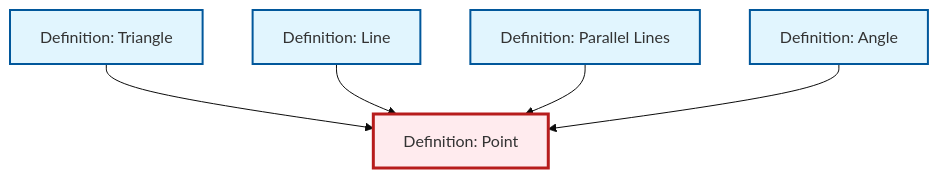
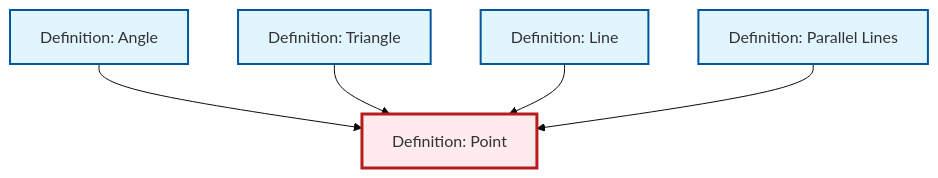
One commit to RK0429/ModernMath changed the diagram in content/ja/geometry/def-point.qmd. Above: the diagram before and after it, drawn with Mermaid (base theme). The commit also changed other lines of this file and 654 other files, not shown here.

````diff
--- a/content/ja/geometry/def-point.qmd
+++ b/content/ja/geometry/def-point.qmd
@@ -40,23 +40,23 @@
 ```{mermaid}
 %%| fig-cap: "Local dependency graph"
 graph TD
     classDef definition fill:#e1f5fe,stroke:#01579b,stroke-width:2px
     classDef theorem fill:#f3e5f5,stroke:#4a148c,stroke-width:2px
     classDef axiom fill:#fff3e0,stroke:#e65100,stroke-width:2px
     classDef example fill:#e8f5e9,stroke:#1b5e20,stroke-width:2px
     classDef current fill:#ffebee,stroke:#b71c1c,stroke-width:3px
+    def-line["Definition: Line"]:::definition
+    def-parallel["Definition: Parallel Lines"]:::definition
     def-point["Definition: Point"]:::definition
-    def-parallel["Definition: Parallel Lines"]:::definition
     def-triangle["Definition: Triangle"]:::definition
     def-angle["Definition: Angle"]:::definition
-    def-line["Definition: Line"]:::definition
+    def-angle --> def-point
     def-triangle --> def-point
     def-line --> def-point
     def-parallel --> def-point
-    def-angle --> def-point
     class def-point current
+    click def-line "def-line.html" "Definition: Lineへ"
     click def-parallel "def-parallel.html" "Definition: Parallel Linesへ"
     click def-triangle "def-triangle.html" "Definition: Triangleへ"
     click def-angle "def-angle.html" "Definition: Angleへ"
-    click def-line "def-line.html" "Definition: Lineへ"
 ```
````
